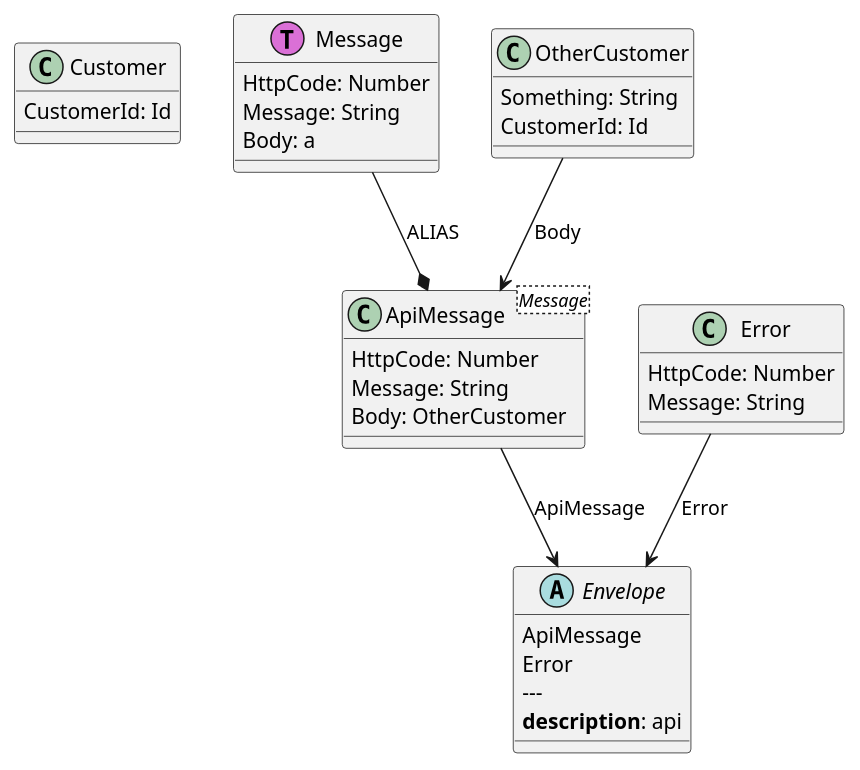
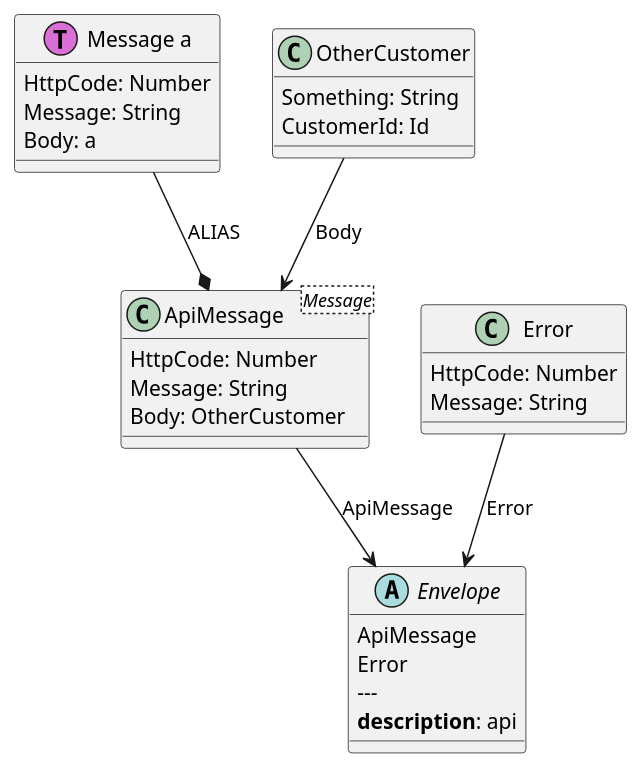
Before and after one commit to Baudin999/car-lang: the diagram in Examples/.out/Request/Request.puml, drawn with PlantUML. The commit also changed 17 other files, not shown here.

Commit message:
Working on the ERD, we need to ignore the imported entities and we need to show the templated properties

```diff
--- a/Examples/.out/Request/Request.puml
+++ b/Examples/.out/Request/Request.puml
@@ -1,32 +1,29 @@
-class Customer {
-	CustomerId: Id 
-}
-abstract Envelope {
-	ApiMessage
-	Error
+abstract "Envelope" as Envelope {
+	ApiMessage 
+	Error 
   ---
   <b>description</b>: api
     
 }
 ApiMessage --> Envelope : ApiMessage
 Error --> Envelope : Error
-class Message<< (T,orchid) >> {
+class "Message a" as Message << (T,orchid) >> {
 	HttpCode: Number 
 	Message: String 
 	Body: a 
 }
-class OtherCustomer {
+class "OtherCustomer" as OtherCustomer  {
 	Something: String 
 	CustomerId: Id 
 }
-class ApiMessage<Message> {
+class "ApiMessage " as ApiMessage <Message> {
 	HttpCode: Number 
 	Message: String 
 	Body: OtherCustomer 
 }
 OtherCustomer --> ApiMessage : Body
 Message --* ApiMessage: ALIAS
-class Error {
+class "Error" as Error  {
 	HttpCode: Number 
 	Message: String 
 }
```
